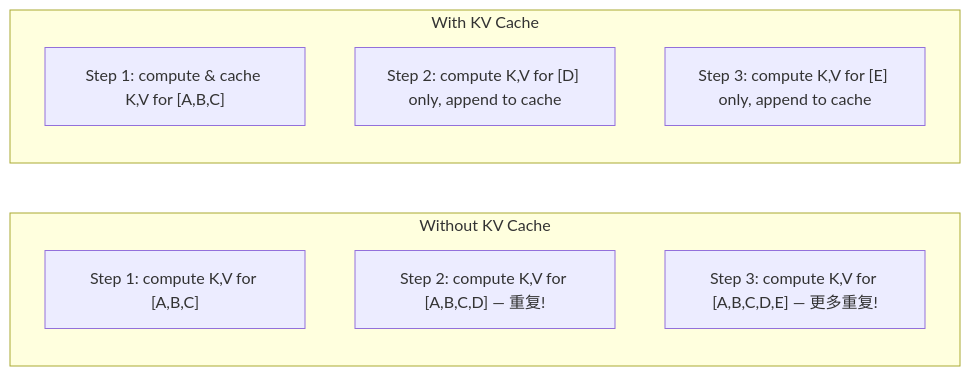
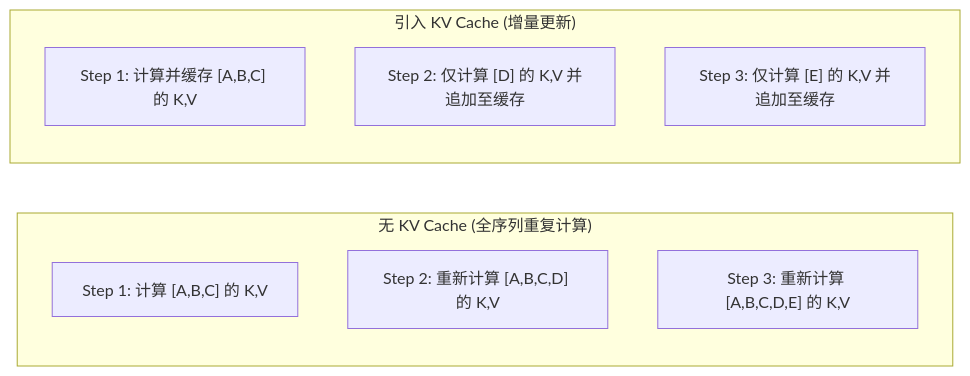
Before and after one commit to yingwang/thinking-in-llm: the fourth of 5 diagrams in chapters/02-attention.md, drawn with Mermaid. The commit also changed other lines of this file and 31 other files, not shown here.

````diff
--- a/chapters/02-attention.md
+++ b/chapters/02-attention.md
@@ -410,14 +408,14 @@
 ```mermaid
 graph LR
-    subgraph "Without KV Cache"
-        A1["Step 1: compute K,V for [A,B,C]"]
-        A2["Step 2: compute K,V for [A,B,C,D] — 重复!"]
-        A3["Step 3: compute K,V for [A,B,C,D,E] — 更多重复!"]
+    subgraph "无 KV Cache (全序列重复计算)"
+        A1["Step 1: 计算 [A,B,C] 的 K,V"]
+        A2["Step 2: 重新计算 [A,B,C,D] 的 K,V"]
+        A3["Step 3: 重新计算 [A,B,C,D,E] 的 K,V"]
     end
     
-    subgraph "With KV Cache"
-        B1["Step 1: compute & cache K,V for [A,B,C]"]
-        B2["Step 2: compute K,V for [D] only, append to cache"]
-        B3["Step 3: compute K,V for [E] only, append to cache"]
+    subgraph "引入 KV Cache (增量更新)"
+        B1["Step 1: 计算并缓存 [A,B,C] 的 K,V"]
+        B2["Step 2: 仅计算 [D] 的 K,V 并追加至缓存"]
+        B3["Step 3: 仅计算 [E] 的 K,V 并追加至缓存"]
     end
 ```
````
